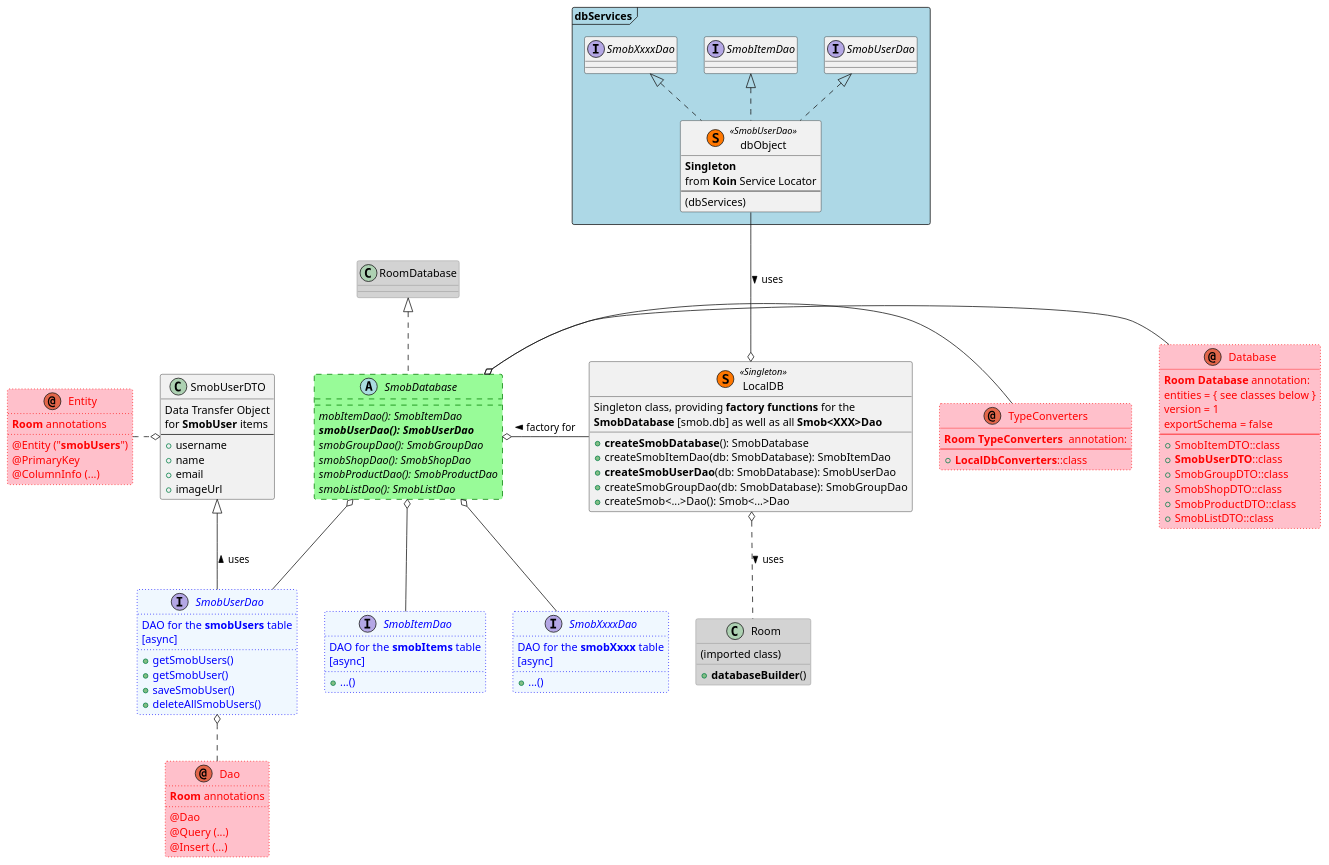
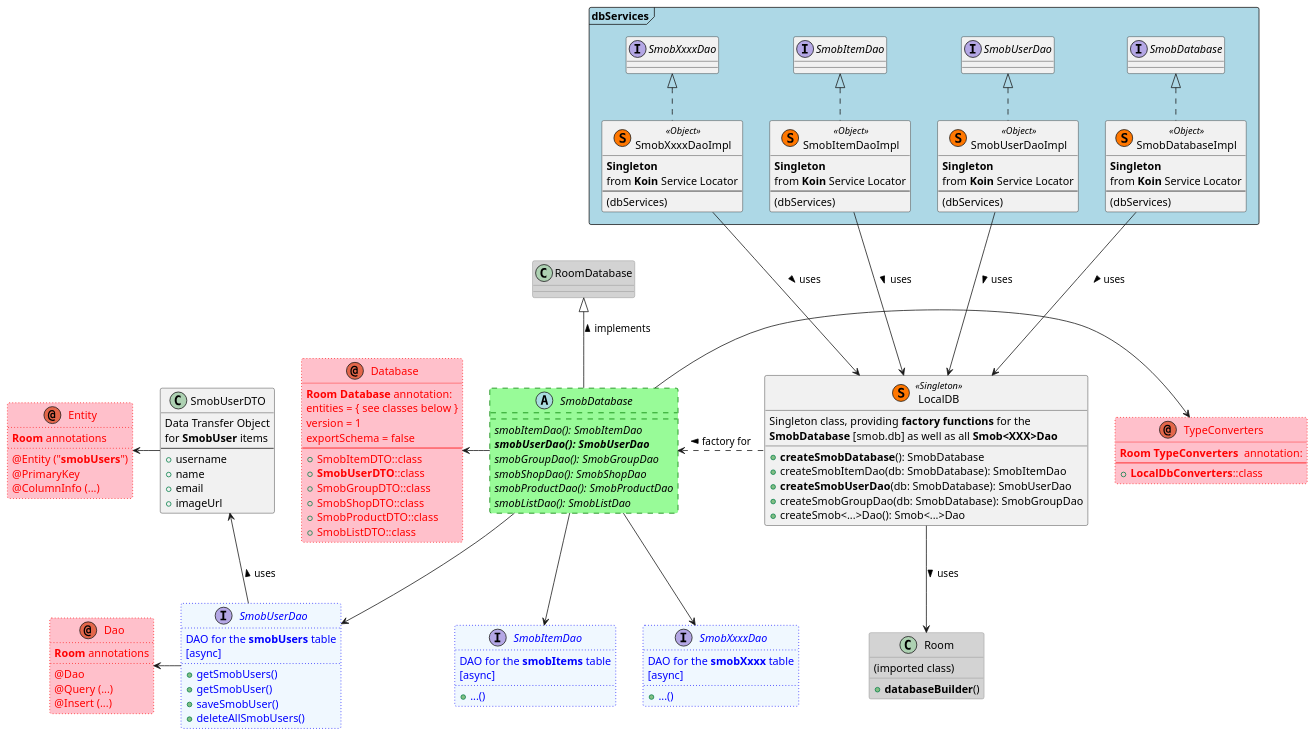
The diagram in doc/puml/localDB.md (fwornle/ShopMob), drawn with PlantUML before and after one commit.

Commit message:
Correction: UML diagram for localDB

````diff
--- a/doc/puml/localDB.md
+++ b/doc/puml/localDB.md
@@ -3,14 +3,16 @@
 
 class RoomDatabase #lightgray ##gray
 
-abstract SmobDatabase #palegreen ##[dashed]green implements RoomDatabase {
-  {abstract} mobItemDao(): SmobItemDao
+abstract SmobDatabase #palegreen ##[dashed]green {
+  {abstract} smobItemDao(): SmobItemDao
   {abstract} **smobUserDao(): SmobUserDao**
   {abstract} smobGroupDao(): SmobGroupDao
   {abstract} smobShopDao(): SmobShopDao
   {abstract} smobProductDao(): SmobProductDao
   {abstract} smobListDao(): SmobListDao
 }
+
+SmobDatabase -up-|> RoomDatabase : implements >
 
 annotation Database #pink;line:red;line.dotted;text:red {
     **Room Database** annotation:
@@ -33,8 +35,8 @@
 }
 
 together {
-    SmobDatabase o-right- Database
-    SmobDatabase o-right- TypeConverters
+    SmobDatabase -left-> Database
+    SmobDatabase -right-> TypeConverters
 }
 
 interface SmobItemDao #aliceblue;line:blue;line.dotted;text:blue {
@@ -59,9 +61,9 @@
 }
 
 together {
-    SmobDatabase o-down- SmobItemDao
-    SmobDatabase o-down- SmobUserDao
-    SmobDatabase o-down- SmobXxxxDao
+    SmobDatabase -down-> SmobItemDao
+    SmobDatabase -down-> SmobUserDao
+    SmobDatabase -down-> SmobXxxxDao
 }
 
 
@@ -81,8 +83,8 @@
  + **databaseBuilder**()
  }
 
-LocalDB -left-o SmobDatabase : factory for >
-LocalDB o.down. Room : uses >
+LocalDB .left.> SmobDatabase : factory for >
+LocalDB -down-> Room : uses >
 
 
 class SmobUserDTO {
@@ -95,7 +97,7 @@
     +imageUrl
 }
     
-SmobUserDao -up-|> SmobUserDTO : uses >
+SmobUserDao -up-> SmobUserDTO : uses >
 
 annotation Entity #pink;line:red;line.dotted;text:red {
    **Room** annotations
@@ -104,7 +106,7 @@
    {method} @ColumnInfo (...)
 }
 
-SmobUserDTO o-left. Entity
+SmobUserDTO -left-> Entity
 
 annotation Dao #pink;line:red;line.dotted;text:red {
    **Room** annotations
@@ -113,10 +115,32 @@
    {method} @Insert (...)
 }
 
-SmobUserDao o-down. Dao
+SmobUserDao -left-> Dao
 
 frame "dbServices" #Lightblue {
-    class dbObject << (S,#FF7700) SmobUserDao>> implements SmobUserDao, SmobItemDao, SmobXxxxDao {
+
+    class SmobDatabaseImpl << (S,#FF7700) Object >> implements SmobDatabase {
+        **Singleton**
+        from **Koin** Service Locator
+        ---
+        (dbServices)
+    }
+    
+    class SmobUserDaoImpl << (S,#FF7700) Object >> implements SmobUserDao {
+        **Singleton**
+        from **Koin** Service Locator
+        ---
+        (dbServices)
+    }
+    
+    class SmobItemDaoImpl << (S,#FF7700) Object >> implements SmobItemDao {
+        **Singleton**
+        from **Koin** Service Locator
+        ---
+        (dbServices)
+    }
+    
+        class SmobXxxxDaoImpl << (S,#FF7700) Object >> implements SmobXxxxDao {
         **Singleton**
         from **Koin** Service Locator
         ---
@@ -124,7 +148,12 @@
     }
 }
 
-LocalDB o-up-- dbObject : uses <
+together {
+    LocalDB <-up-- SmobDatabaseImpl : uses <
+    LocalDB <-up-- SmobUserDaoImpl : uses <
+    LocalDB <-up-- SmobItemDaoImpl : uses <
+    LocalDB <-up-- SmobXxxxDaoImpl : uses <
+}
 
 @enduml
 ```
````
